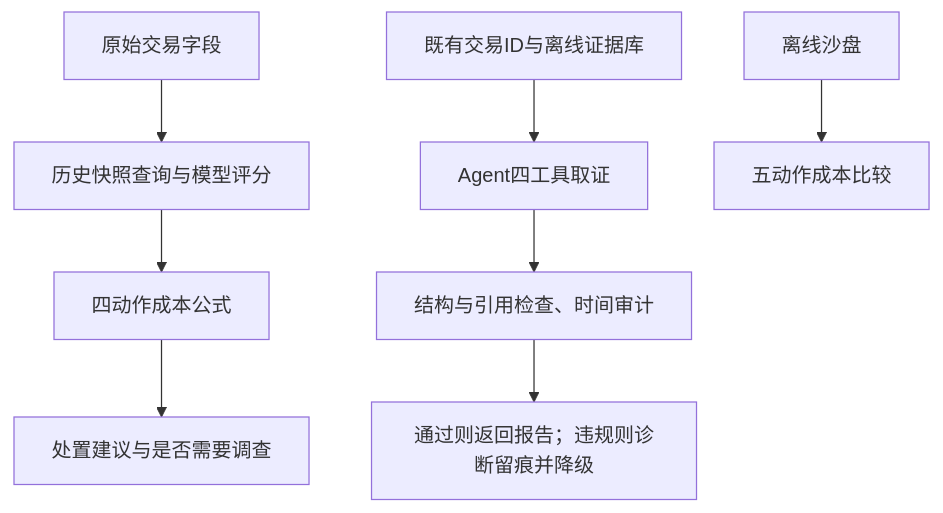
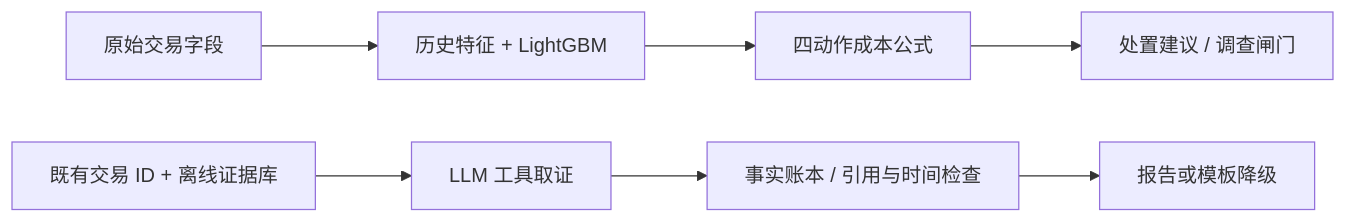
The diagram in README.md (1257599842-cell/AI-Agent-Fraud-Detection), drawn with Mermaid before and after one commit. The commit also changed other lines of this file and 16 other files, not shown here.

````diff
--- a/README.md
+++ b/README.md
@@ -30,10 +24,10 @@
-```mermaid
-flowchart TD
-    A[原始交易字段] --> B[历史快照查询与模型评分]
-    B --> C[四动作成本公式]
-    C --> D[处置建议与是否需要调查]
-    E[既有交易ID与离线证据库] --> F[Agent四工具取证]
-    F --> G[结构与引用检查、时间审计]
-    G --> H[通过则返回报告；违规则诊断留痕并降级]
-    I[离线沙盘] --> J[五动作成本比较]
-```
+~~~mermaid
+flowchart LR
+    A["原始交易字段"] --> B["历史特征 + LightGBM"]
+    B --> C["四动作成本公式"]
+    C --> D["处置建议 / 调查闸门"]
+
+    E["既有交易 ID + 离线证据库"] --> F["LLM 工具取证"]
+    F --> G["事实账本 / 引用与时间检查"]
+    G --> H["报告或模板降级"]
+~~~
````
